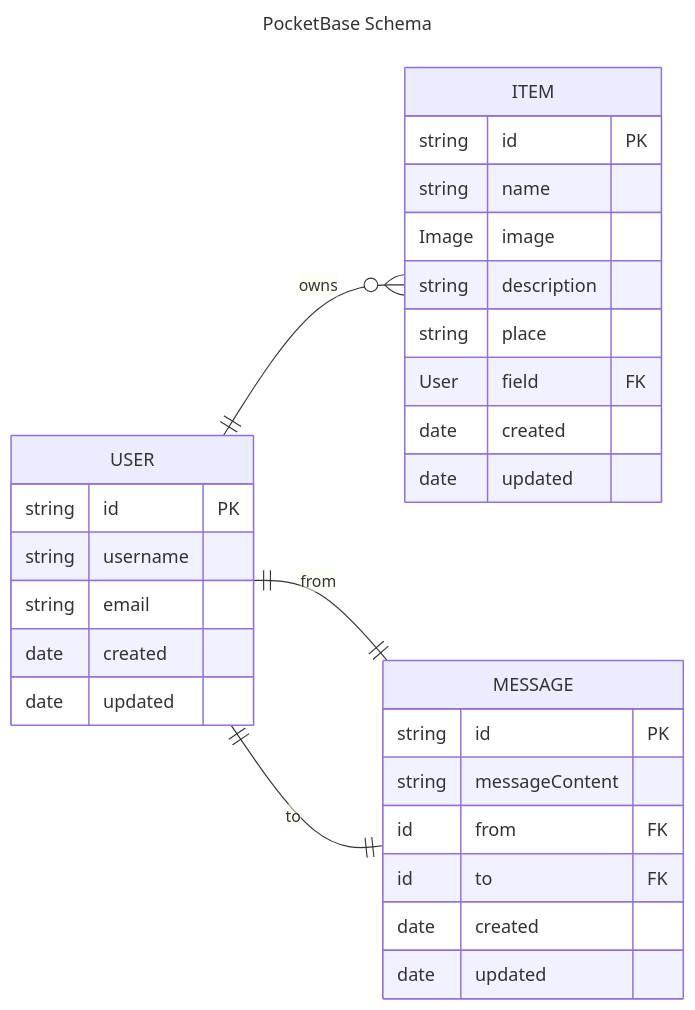
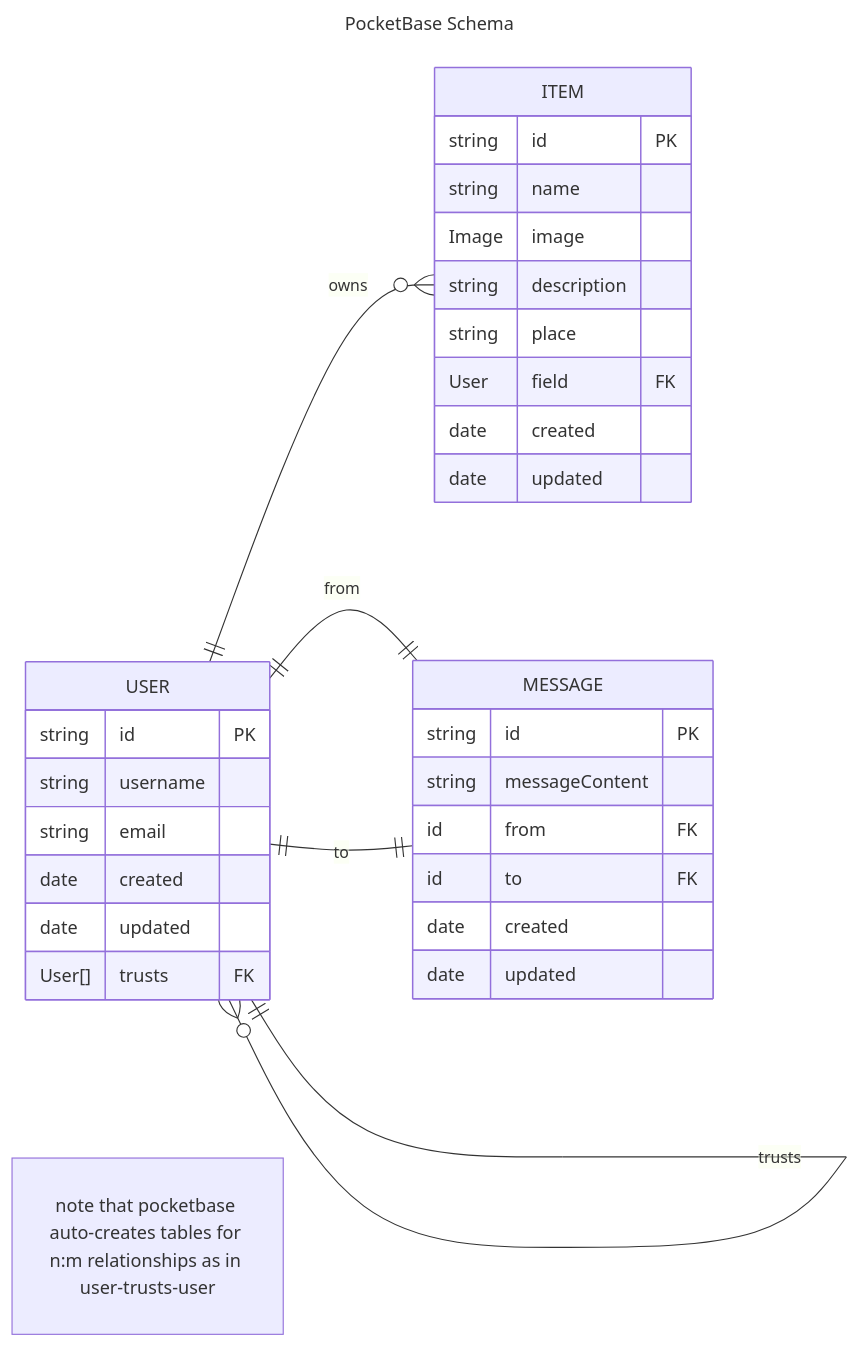
One commit to share-open-sharing-infrastructure/share-mvp changed the diagram in docs/data-model.md. Above: the diagram before and after it, drawn with Mermaid. The commit also changed 1 other file, not shown here.

Commit message:
Add documentation for DB changes

````diff
--- a/docs/data-model.md
+++ b/docs/data-model.md
@@ -7,40 +7,43 @@
 ```mermaid
 ---
 title: PocketBase Schema
 ---
 erDiagram
     direction LR
     USER{
         string id PK
         string username
         string email
         date created
         date updated
+        User[] trusts FK
     }
+    USER 1 to zero or more USER: "trusts"
+    "note that pocketbase auto-creates tables for n:m relationships as in user-trusts-user"
 
     ITEM{
         string id PK
         string name
         Image image
         string description
         string place
         User field FK
         date created
         date updated
     }
 
     USER 1 to zero or more ITEM: owns
 
     MESSAGE{
         string id PK
         string messageContent
         id from FK
         id to FK
         date created
         date updated
     }
 
     USER 1 to 1 MESSAGE: "from"
     USER 1 to 1 MESSAGE: "to"
 
 ```
````
